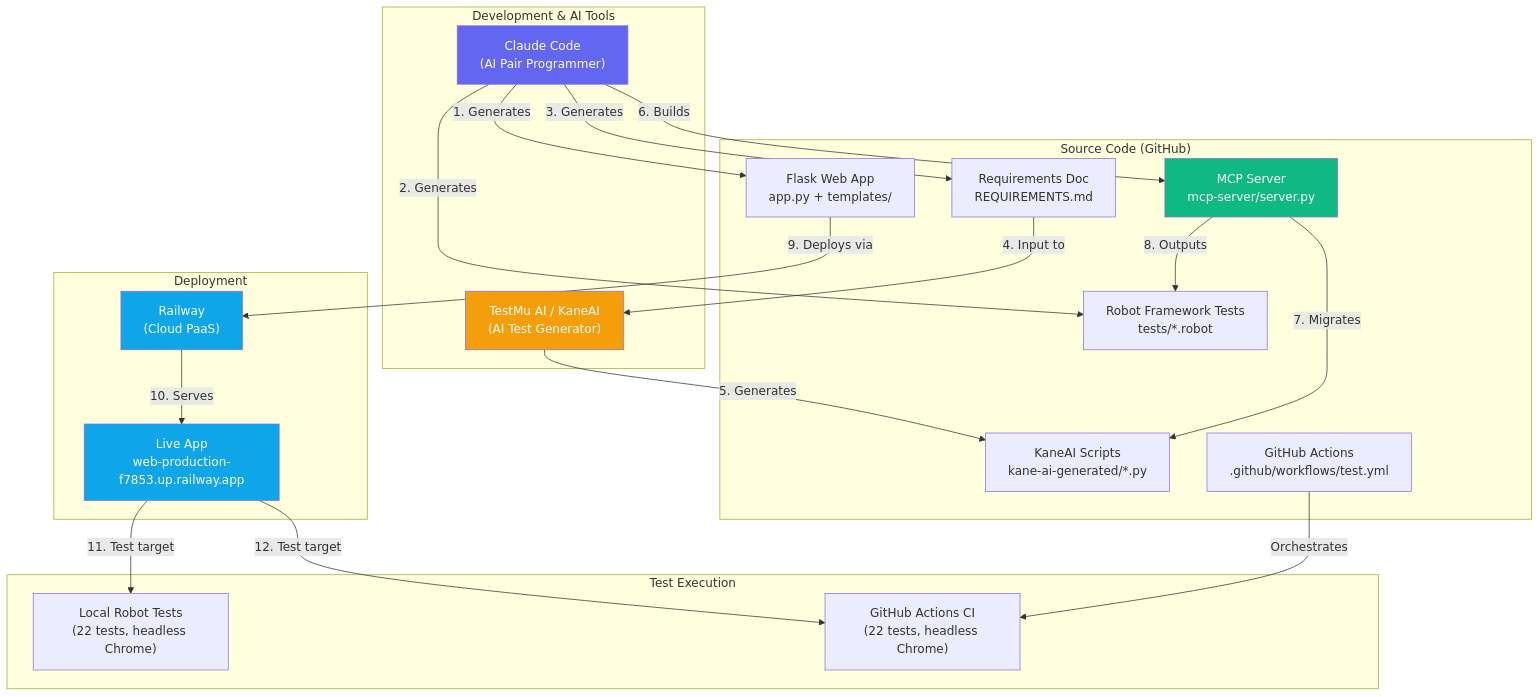
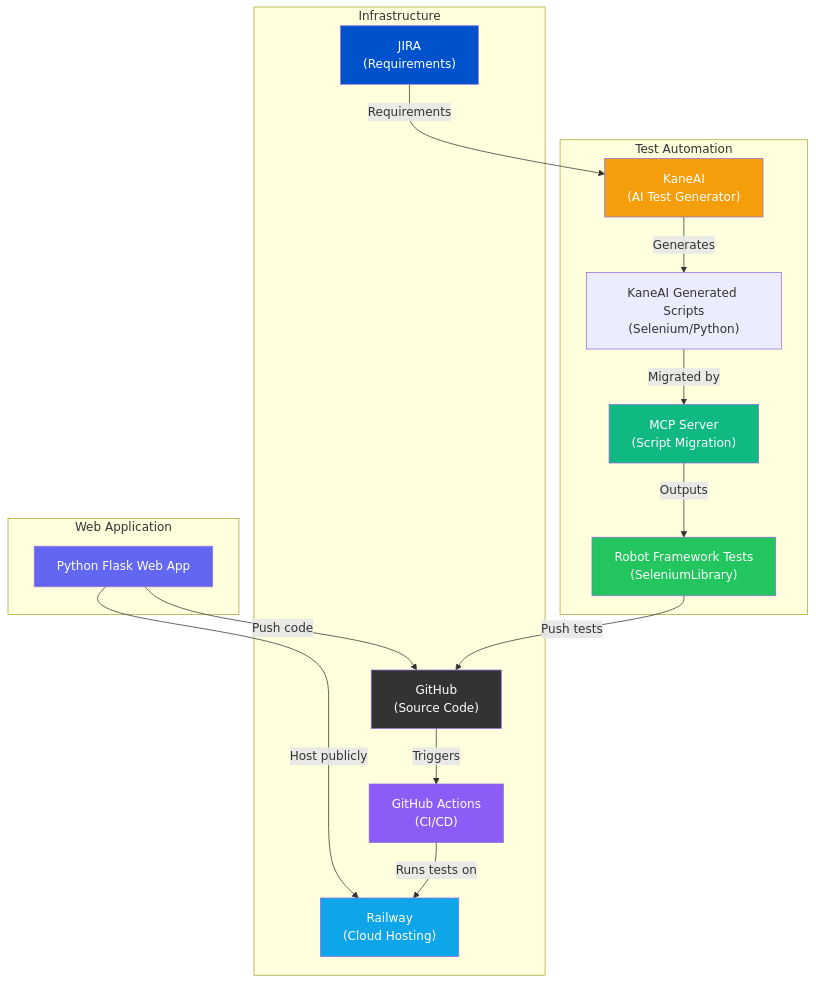
One commit to skallidah/flask-app-with-robot-tests changed the first of 4 diagrams in WORKFLOW_SUMMARY.md. Above: the diagram before and after it, drawn with Mermaid. The commit also changed other lines of this file and 1 other file, not shown here.

First line of the commit message:
Simplify diagrams and restructure guide around 12-step workflow

````diff
--- a/WORKFLOW_SUMMARY.md
+++ b/WORKFLOW_SUMMARY.md
@@ -11,46 +11,39 @@
 ```mermaid
 graph TB
-    subgraph "Development & AI Tools"
-        CC["Claude Code<br/>(AI Pair Programmer)"]
-        KAI["TestMu AI / KaneAI<br/>(AI Test Generator)"]
+    subgraph "Web Application"
+        APP["Python Flask Web App"]
     end
 
-    subgraph "Source Code (GitHub)"
-        APP["Flask Web App<br/>app.py + templates/"]
-        RF["Robot Framework Tests<br/>tests/*.robot"]
-        MCP["MCP Server<br/>mcp-server/server.py"]
-        KS["KaneAI Scripts<br/>kane-ai-generated/*.py"]
-        CI["GitHub Actions<br/>.github/workflows/test.yml"]
-        REQ["Requirements Doc<br/>REQUIREMENTS.md"]
+    subgraph "Test Automation"
+        RF["Robot Framework Tests<br/>(SeleniumLibrary)"]
+        KAI["KaneAI<br/>(AI Test Generator)"]
+        MCP["MCP Server<br/>(Script Migration)"]
+        KS["KaneAI Generated Scripts<br/>(Selenium/Python)"]
     end
 
-    subgraph "Deployment"
-        RW["Railway<br/>(Cloud PaaS)"]
-        LIVE["Live App<br/>web-production-f7853.up.railway.app"]
+    subgraph "Infrastructure"
+        GH["GitHub<br/>(Source Code)"]
+        RW["Railway<br/>(Cloud Hosting)"]
+        GA["GitHub Actions<br/>(CI/CD)"]
+        JIRA["JIRA<br/>(Requirements)"]
     end
 
-    subgraph "Test Execution"
-        LOCAL["Local Robot Tests<br/>(22 tests, headless Chrome)"]
-        GHCI["GitHub Actions CI<br/>(22 tests, headless Chrome)"]
-    end
+    APP -->|"Host publicly"| RW
+    APP -->|"Push code"| GH
+    RF -->|"Push tests"| GH
+    JIRA -->|"Requirements"| KAI
+    KAI -->|"Generates"| KS
+    KS -->|"Migrated by"| MCP
+    MCP -->|"Outputs"| RF
+    GH -->|"Triggers"| GA
+    GA -->|"Runs tests on"| RW
 
-    CC -->|"1. Generates"| APP
-    CC -->|"2. Generates"| RF
-    CC -->|"3. Generates"| REQ
-    REQ -->|"4. Input to"| KAI
-    KAI -->|"5. Generates"| KS
-    CC -->|"6. Builds"| MCP
-    MCP -->|"7. Migrates"| KS
-    MCP -->|"8. Outputs"| RF
-    APP -->|"9. Deploys via"| RW
-    RW -->|"10. Serves"| LIVE
-    LIVE -->|"11. Test target"| LOCAL
-    LIVE -->|"12. Test target"| GHCI
-    CI -->|"Orchestrates"| GHCI
-
-    style CC fill:#6366f1,color:#fff
+    style APP fill:#6366f1,color:#fff
     style KAI fill:#f59e0b,color:#fff
     style RW fill:#0ea5e9,color:#fff
     style MCP fill:#10b981,color:#fff
-    style LIVE fill:#0ea5e9,color:#fff
+    style GH fill:#333,color:#fff
+    style GA fill:#8b5cf6,color:#fff
+    style JIRA fill:#0052CC,color:#fff
+    style RF fill:#22c55e,color:#fff
 ```
````
